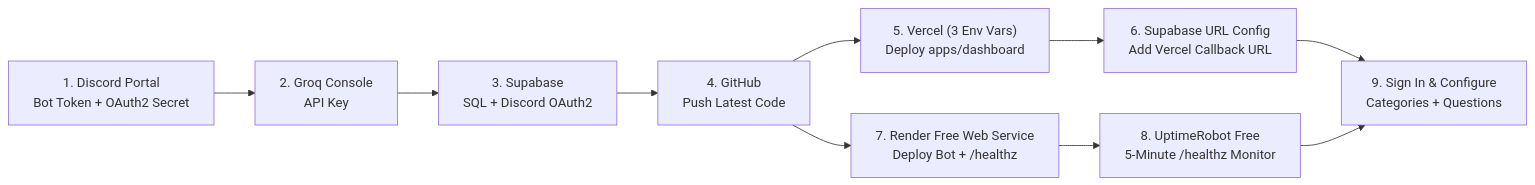
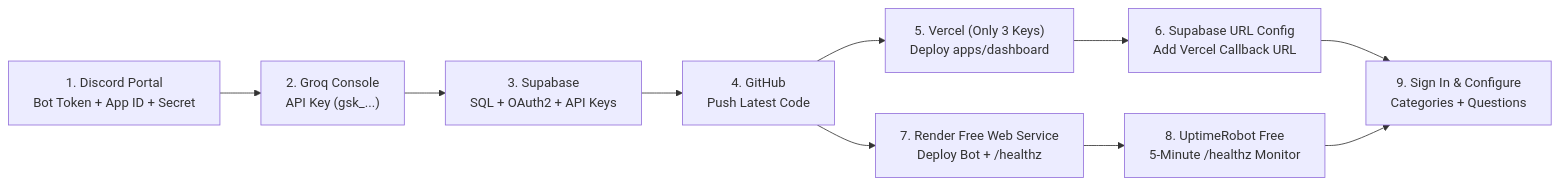
One commit to princebhayani/discord-ai-bot changed the diagram in docs/DEPLOYMENT_GUIDE.md. Above: the diagram before and after it, drawn with Mermaid. The commit also changed other lines of this file and 4 other files, not shown here.

Commit message:
feat: implement Discord bot core runtime, environment validation, and Render deployment configuration

````diff
--- a/docs/DEPLOYMENT_GUIDE.md
+++ b/docs/DEPLOYMENT_GUIDE.md
@@ -9,12 +9,12 @@
 ```mermaid
 flowchart LR
-    D["1. Discord Portal\nBot Token + OAuth2 Secret"] --> G["2. Groq Console\nAPI Key"]
-    G --> S["3. Supabase\nSQL + Discord OAuth2"]
+    D["1. Discord Portal\nBot Token + App ID + Secret"] --> G["2. Groq Console\nAPI Key (gsk_...)"]
+    G --> S["3. Supabase\nSQL + OAuth2 + API Keys"]
     S --> GH["4. GitHub\nPush Latest Code"]
-    GH --> V["5. Vercel (3 Env Vars)\nDeploy apps/dashboard"]
+    GH --> V["5. Vercel (Only 3 Keys)\nDeploy apps/dashboard"]
     V --> S2["6. Supabase URL Config\nAdd Vercel Callback URL"]
     GH --> RF["7. Render Free Web Service\nDeploy Bot + /healthz"]
     RF --> UR["8. UptimeRobot Free\n5-Minute /healthz Monitor"]
     S2 --> LOGIN["9. Sign In & Configure\nCategories + Questions"]
     UR --> LOGIN
 ```
````
